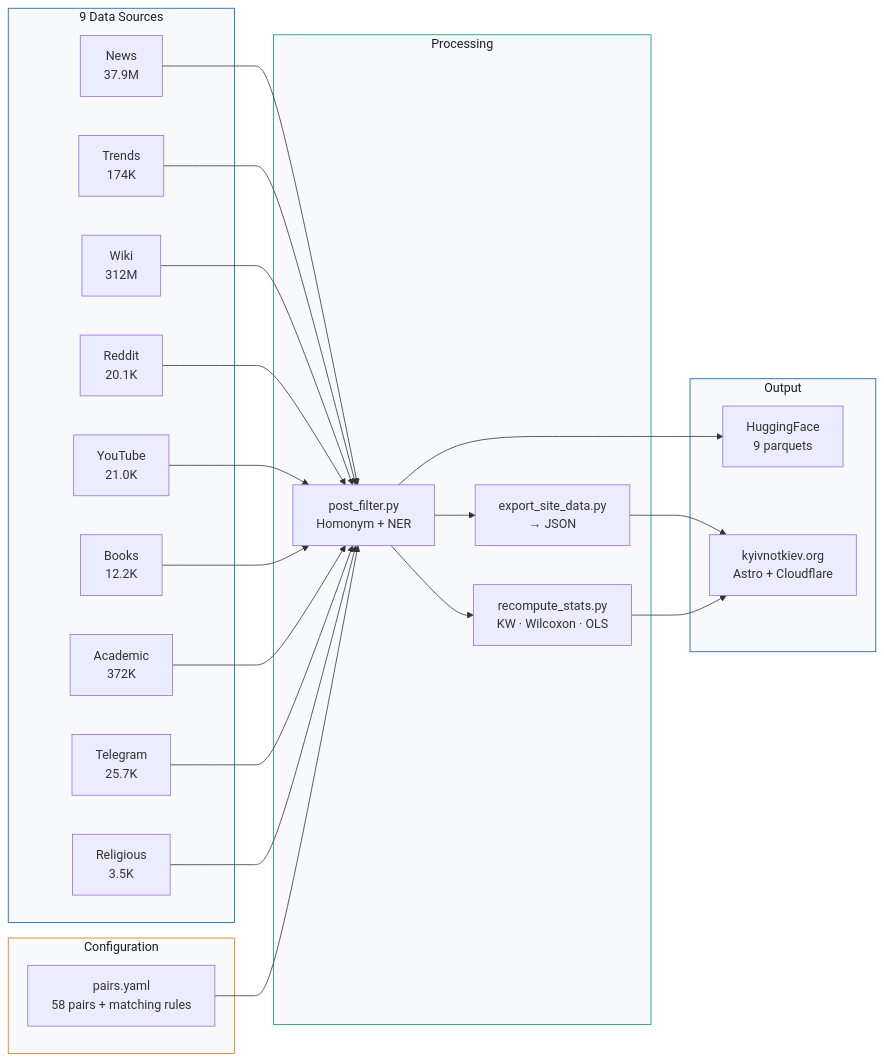
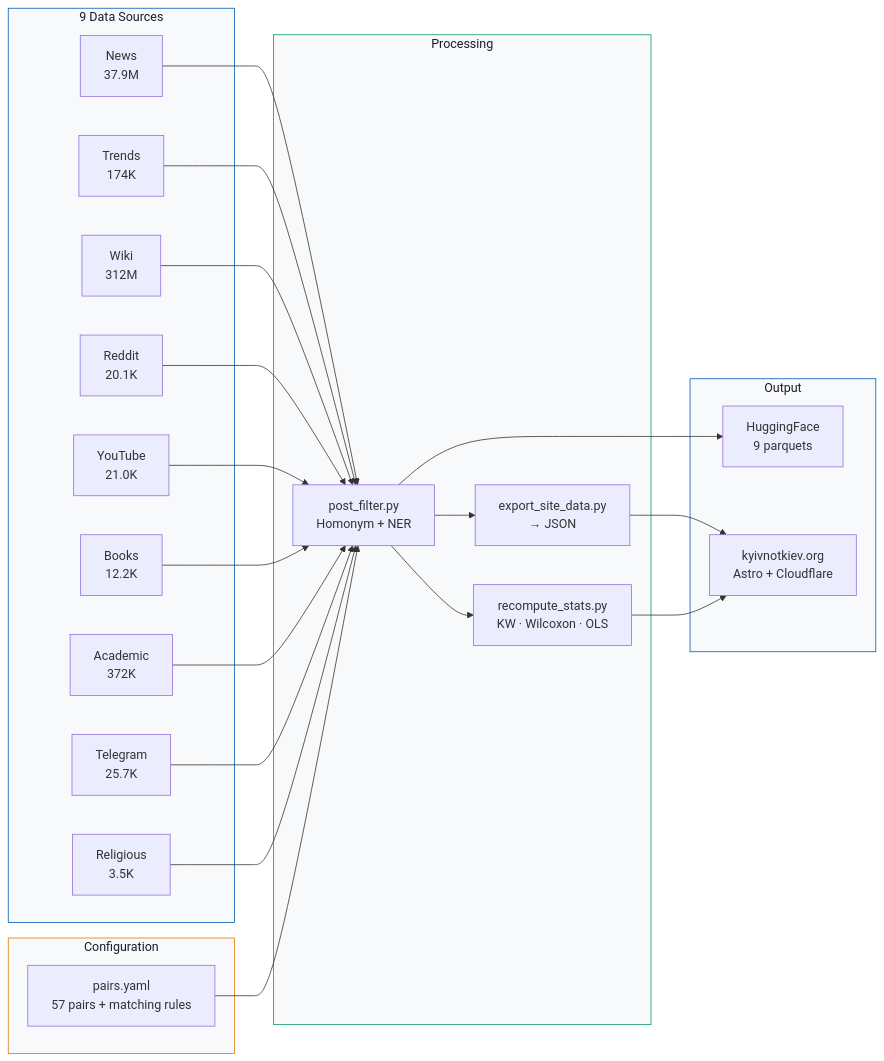
The diagram in README.md (IvanDobrovolsky/kyivnotkiev), drawn with Mermaid before and after one commit. The commit also changed other lines of this file and 16 other files, not shown here.

````diff
--- a/README.md
+++ b/README.md
@@ -48,39 +48,39 @@
 ```mermaid
 graph LR
     subgraph Sources["9 Data Sources"]
         style Sources fill:#f8f9fb,stroke:#0057B8,color:#1a1a2e
         GDELT["News<br/>37.9M"]
         Trends["Trends<br/>174K"]
         Wiki["Wiki<br/>312M"]
         Reddit["Reddit<br/>20.1K"]
         YT["YouTube<br/>21.0K"]
         Ngrams["Books<br/>12.2K"]
         OA["Academic<br/>372K"]
         TG["Telegram<br/>25.7K"]
         Rel["Religious<br/>3.5K"]
     end
 
     subgraph Config["Configuration"]
         style Config fill:#f8f9fb,stroke:#d97706,color:#1a1a2e
-        Pairs["pairs.yaml<br/>58 pairs + matching rules"]
+        Pairs["pairs.yaml<br/>57 pairs + matching rules"]
     end
 
     subgraph Processing["Processing"]
         style Processing fill:#f8f9fb,stroke:#059669,color:#1a1a2e
         PostFilter["post_filter.py<br/>Homonym + NER"]
         Export["export_site_data.py<br/>→ JSON"]
         Stats["recompute_stats.py<br/>KW · Wilcoxon · OLS"]
     end
 
     subgraph Output["Output"]
         style Output fill:#f8f9fb,stroke:#0057B8,color:#1a1a2e
         HF["HuggingFace<br/>9 parquets"]
         Site["kyivnotkiev.org<br/>Astro + Cloudflare"]
     end
 
     GDELT & Trends & Wiki & Reddit & YT & Ngrams & OA & TG & Rel --> PostFilter
     Pairs --> PostFilter
     PostFilter --> Export --> Site
     PostFilter --> Stats --> Site
     PostFilter --> HF
 ```
````
